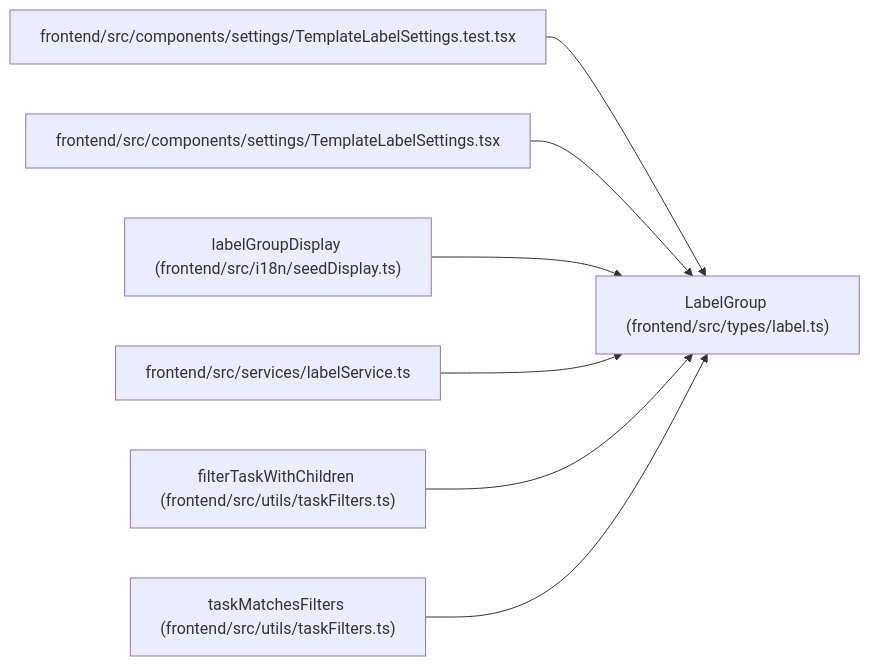
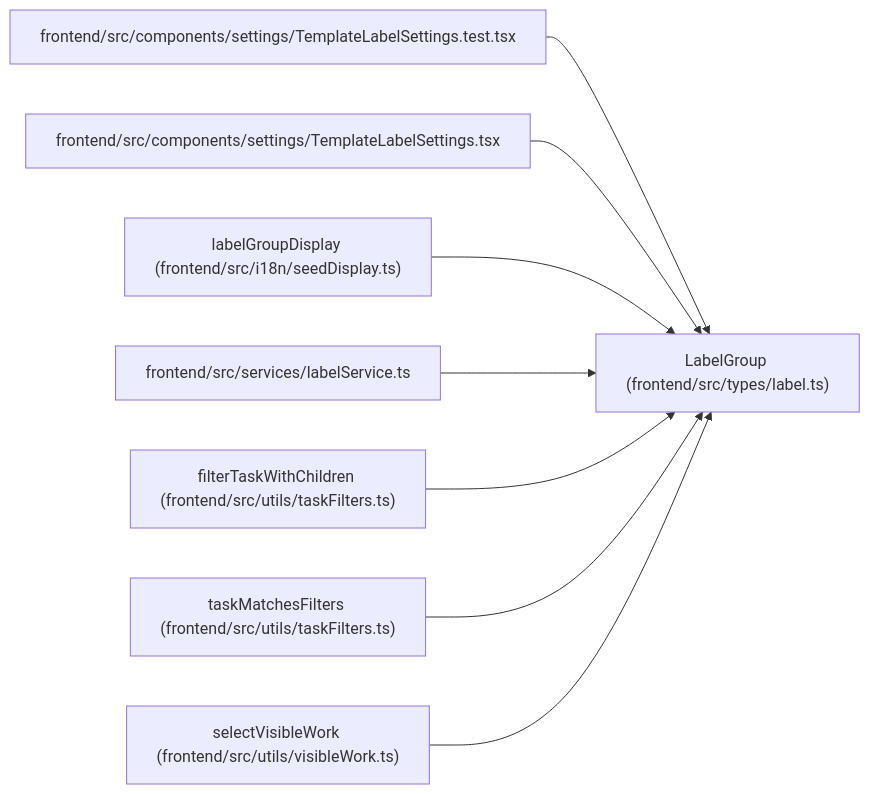
One commit to Denissvgn/WorkChord changed the diagram in docs/llm_wiki/entities/types_label_LabelGroup.md. Above: the diagram before and after it, drawn with Mermaid. The commit also changed other lines of this file and 958 other files, not shown here.

First line of the commit message:
docs(wiki): refresh identity and recovery architecture

````diff
--- a/docs/llm_wiki/entities/types_label_LabelGroup.md
+++ b/docs/llm_wiki/entities/types_label_LabelGroup.md
@@ -35,23 +35,26 @@
 ```mermaid
 flowchart LR
     n0["LabelGroup (frontend/src/types/label.ts)"]
     n1["frontend/src/components/settings/TemplateLabelSettings.test.tsx"]
     n2["frontend/src/components/settings/TemplateLabelSettings.tsx"]
     n3["labelGroupDisplay (frontend/src/i18n/seedDisplay.ts)"]
     n4["frontend/src/services/labelService.ts"]
     n5["filterTaskWithChildren (frontend/src/utils/taskFilters.ts)"]
     n6["taskMatchesFilters (frontend/src/utils/taskFilters.ts)"]
+    n7["selectVisibleWork (frontend/src/utils/visibleWork.ts)"]
     n1 --> n0
     n2 --> n0
     n3 --> n0
     n4 --> n0
     n5 --> n0
     n6 --> n0
+    n7 --> n0
     click n0 "../modules/types_label.md"
     click n1 "../modules/TemplateLabelSettings.test.md"
     click n2 "../modules/TemplateLabelSettings.md"
     click n3 "../modules/seedDisplay.md"
     click n4 "../modules/labelService.md"
     click n5 "../modules/taskFilters.md"
     click n6 "../modules/taskFilters.md"
+    click n7 "../modules/visibleWork.md"
 ```
````
